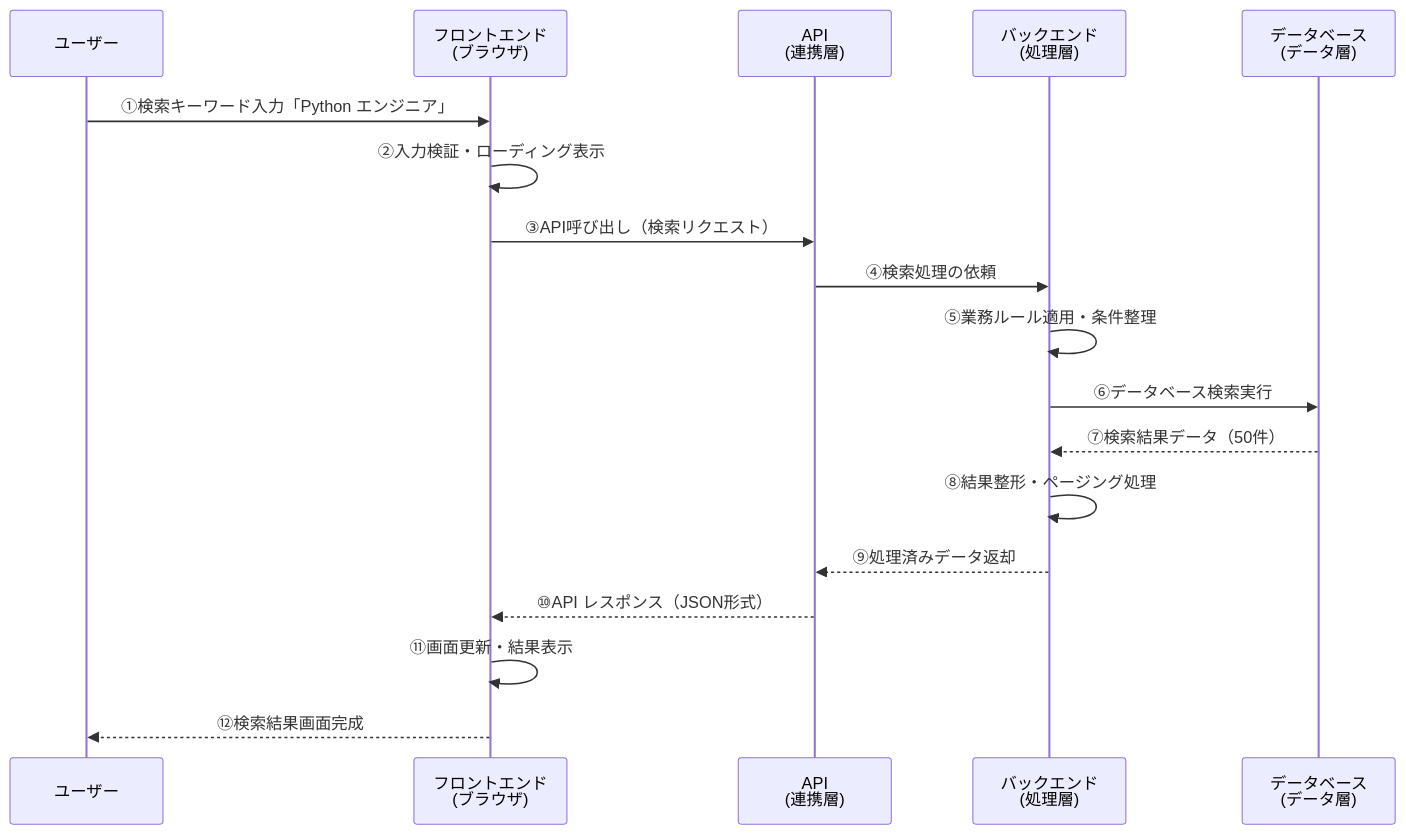
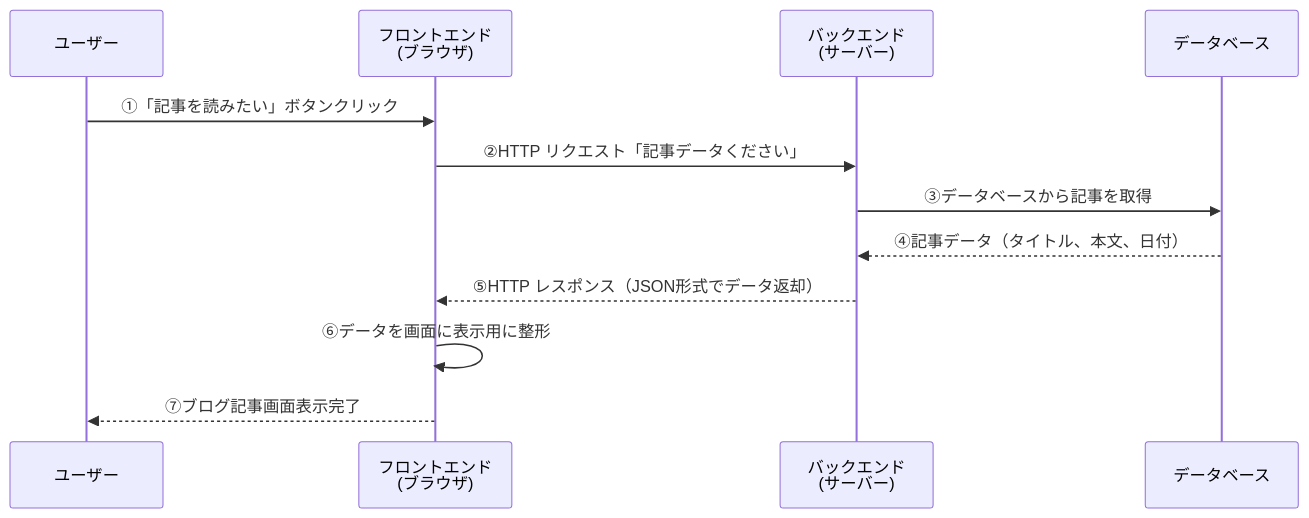
Before and after one commit to Monzi-takuya/web-fundamentals-for-non-engineers: the fourth of 6 diagrams in docs/04_Web実践活用/01_推奨_フロントエンドとバックエンドの詳細.md, drawn with Mermaid. The commit also changed other lines of this file and 11 other files, not shown here.

````diff
--- a/docs/04_Web実践活用/01_推奨_フロントエンドとバックエンドの詳細.md
+++ b/docs/04_Web実践活用/01_推奨_フロントエンドとバックエンドの詳細.md
@@ -197,24 +221,15 @@
 ```mermaid
 sequenceDiagram
     participant U as ユーザー
     participant F as フロントエンド<br/>(ブラウザ)
-    participant A as API<br/>(連携層)
-    participant B as バックエンド<br/>(処理層)
-    participant D as データベース<br/>(データ層)
+    participant B as バックエンド<br/>(サーバー)
+    participant D as データベース
     
-    U->>F: ①検索キーワード入力「Python エンジニア」
-    F->>F: ②入力検証・ローディング表示
-    F->>A: ③API呼び出し（検索リクエスト）
-    
-    A->>B: ④検索処理の依頼
-    B->>B: ⑤業務ルール適用・条件整理
-    B->>D: ⑥データベース検索実行
-    D-->>B: ⑦検索結果データ（50件）
-    
-    B->>B: ⑧結果整形・ページング処理
-    B-->>A: ⑨処理済みデータ返却
-    A-->>F: ⑩API レスポンス（JSON形式）
-    
-    F->>F: ⑪画面更新・結果表示
-    F-->>U: ⑫検索結果画面完成
+    U->>F: ①「記事を読みたい」ボタンクリック
+    F->>B: ②HTTP リクエスト「記事データください」
+    B->>D: ③データベースから記事を取得
+    D-->>B: ④記事データ（タイトル、本文、日付）
+    B-->>F: ⑤HTTP レスポンス（JSON形式でデータ返却）
+    F->>F: ⑥データを画面に表示用に整形
+    F-->>U: ⑦ブログ記事画面表示完了
 ```
````
